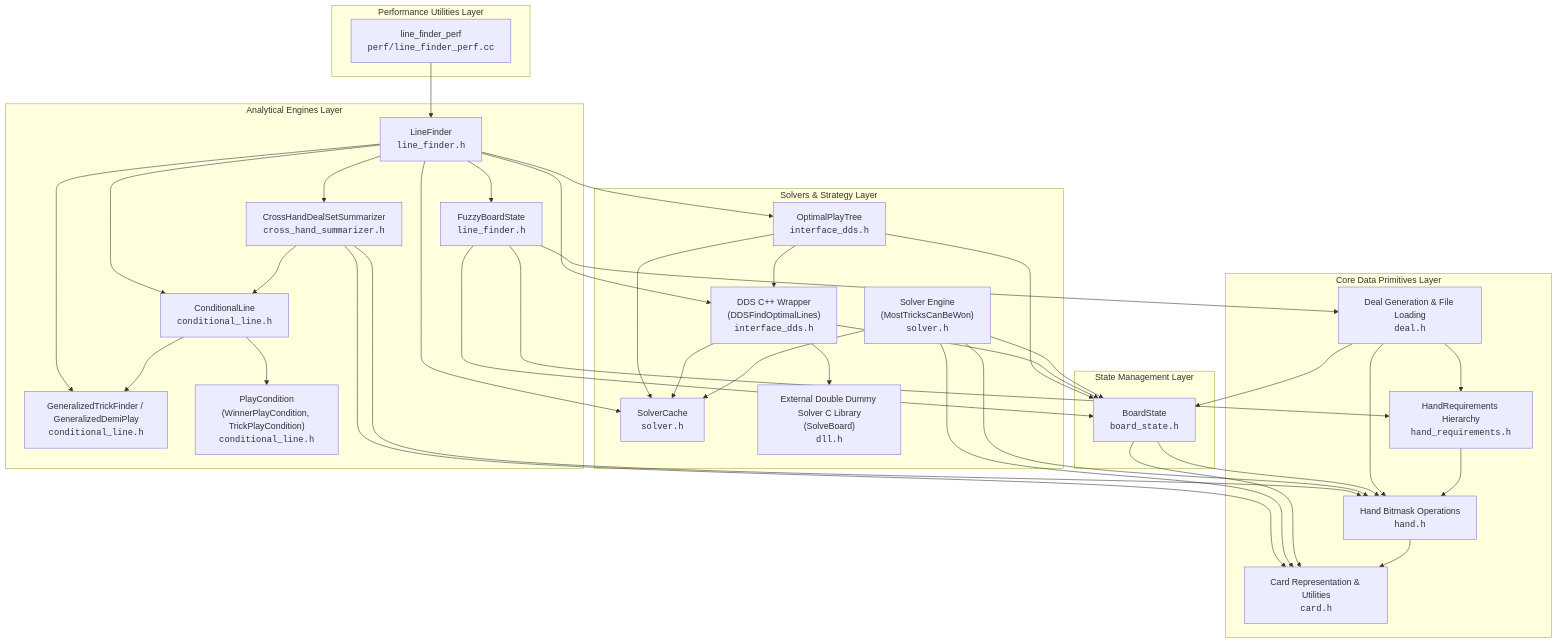
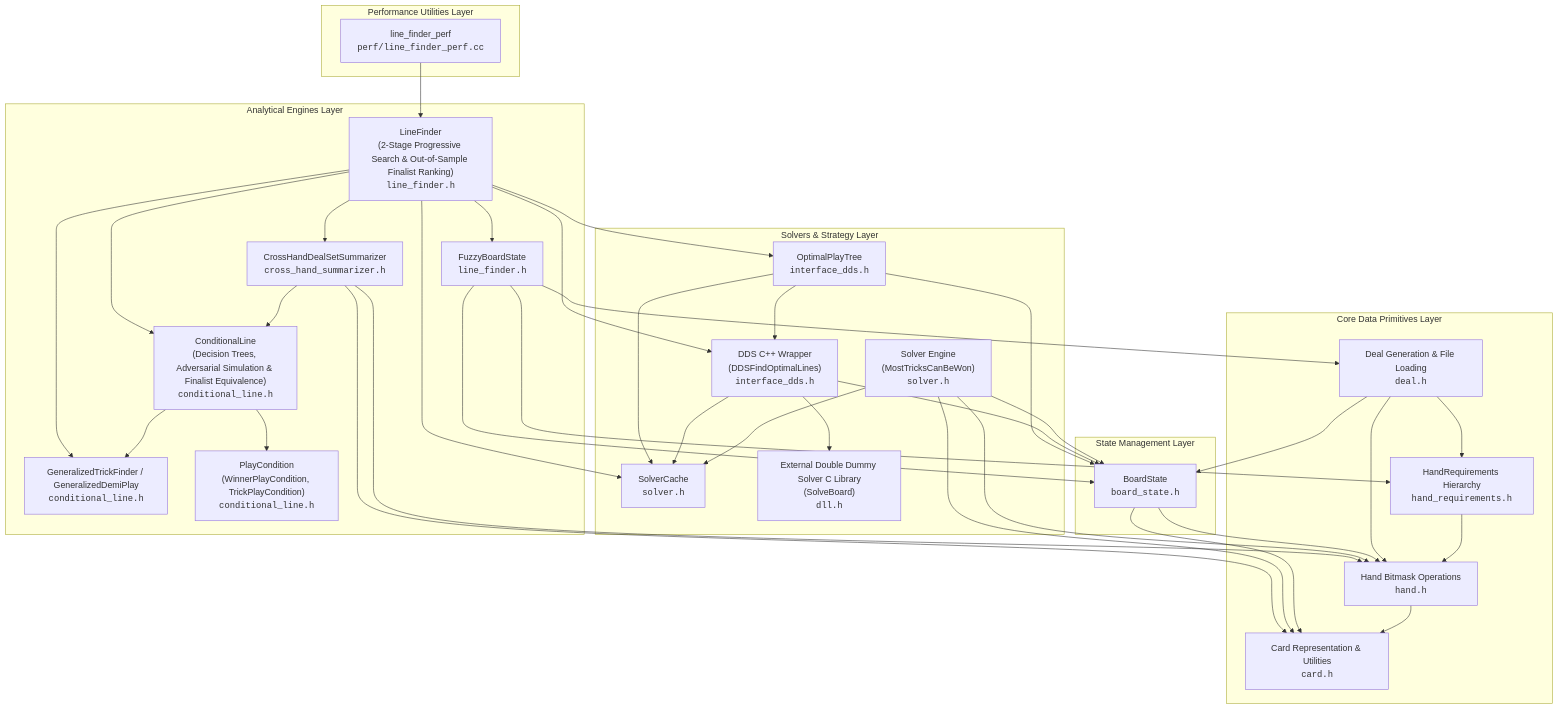
Before and after one commit to mflaster/bridge-high-line: the first of 2 diagrams in docs/architecture.md, drawn with Mermaid. The commit also changed other lines of this file and 2 other files, not shown here.

Commit message:
docs: document progressive search and finalist ranking heuristics

````diff
--- a/docs/architecture.md
+++ b/docs/architecture.md
@@ -11,79 +11,79 @@
 ```mermaid
 flowchart TB
     subgraph AnalyticalEngines["Analytical Engines Layer"]
-        LF["LineFinder<br/><code>line_finder.h</code>"]
+        LF["LineFinder<br/>(2-Stage Progressive Search & Out-of-Sample Finalist Ranking)<br/><code>line_finder.h</code>"]
         FBS["FuzzyBoardState<br/><code>line_finder.h</code>"]
-        CL["ConditionalLine<br/><code>conditional_line.h</code>"]
+        CL["ConditionalLine<br/>(Decision Trees, Adversarial Simulation & Finalist Equivalence)<br/><code>conditional_line.h</code>"]
         GTF["GeneralizedTrickFinder / GeneralizedDemiPlay<br/><code>conditional_line.h</code>"]
         PC["PlayCondition<br/>(WinnerPlayCondition, TrickPlayCondition)<br/><code>conditional_line.h</code>"]
         CHDS["CrossHandDealSetSummarizer<br/><code>cross_hand_summarizer.h</code>"]
     end
 
     subgraph PerfUtils["Performance Utilities Layer"]
         LFP["line_finder_perf<br/><code>perf/line_finder_perf.cc</code>"]
     end
 
     subgraph SolversLayer["Solvers & Strategy Layer"]
         OPT["OptimalPlayTree<br/><code>interface_dds.h</code>"]
         IDDS["DDS C++ Wrapper<br/>(DDSFindOptimalLines)<br/><code>interface_dds.h</code>"]
         MTCW["Solver Engine<br/>(MostTricksCanBeWon)<br/><code>solver.h</code>"]
         SC["SolverCache<br/><code>solver.h</code>"]
         EXTDDS["External Double Dummy Solver C Library<br/>(SolveBoard)<br/><code>dll.h</code>"]
     end
 
     subgraph StateManagement["State Management Layer"]
         BS["BoardState<br/><code>board_state.h</code>"]
     end
 
     subgraph CorePrimitives["Core Data Primitives Layer"]
         CARD["Card Representation & Utilities<br/><code>card.h</code>"]
         HAND["Hand Bitmask Operations<br/><code>hand.h</code>"]
         HR["HandRequirements Hierarchy<br/><code>hand_requirements.h</code>"]
         DEAL["Deal Generation & File Loading<br/><code>deal.h</code>"]
     end
 
     %% Dependencies & Interaction Paths
     LFP --> LF
 
     LF --> FBS
     LF --> OPT
     LF --> IDDS
     LF --> SC
     LF --> GTF
     LF --> CL
     LF --> CHDS
 
     CHDS --> CL
     CHDS --> HAND
     CHDS --> CARD
 
     FBS --> HR
     FBS --> DEAL
     FBS --> BS
 
     CL --> PC
     CL --> GTF
 
     OPT --> BS
     OPT --> SC
     OPT --> IDDS
 
     IDDS --> BS
     IDDS --> SC
     IDDS --> EXTDDS
 
     MTCW --> BS
     MTCW --> SC
     MTCW --> CARD
     MTCW --> HAND
 
     BS --> CARD
     BS --> HAND
 
     DEAL --> BS
     DEAL --> HAND
     DEAL --> HR
 
     HR --> HAND
     HAND --> CARD
 ```
````
